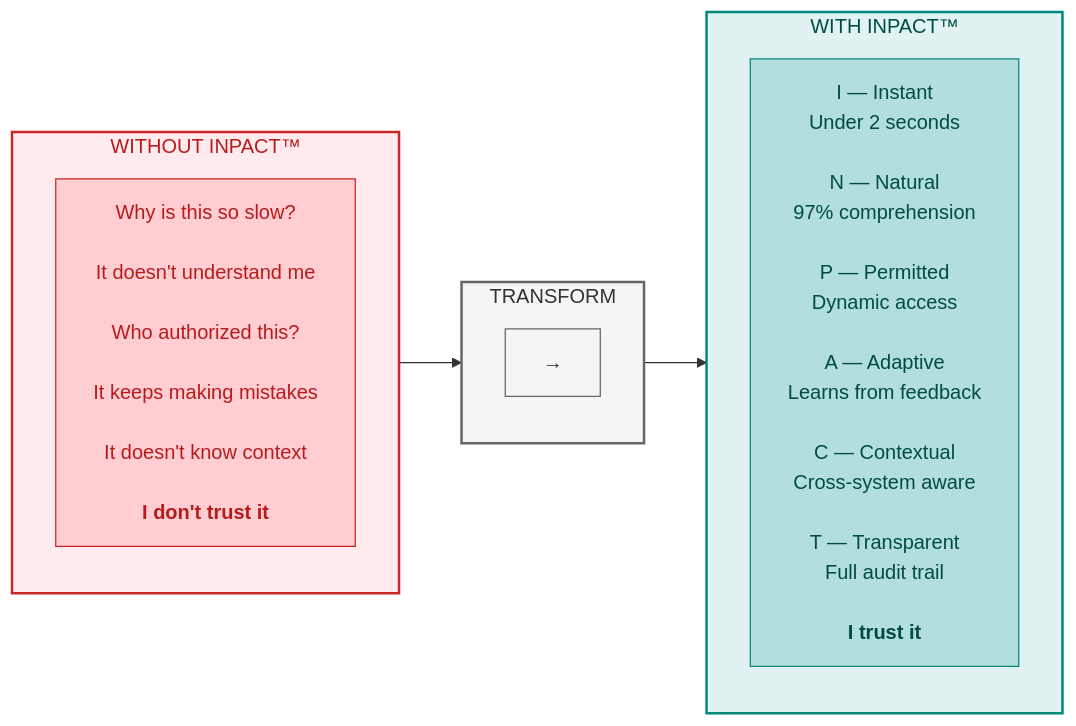
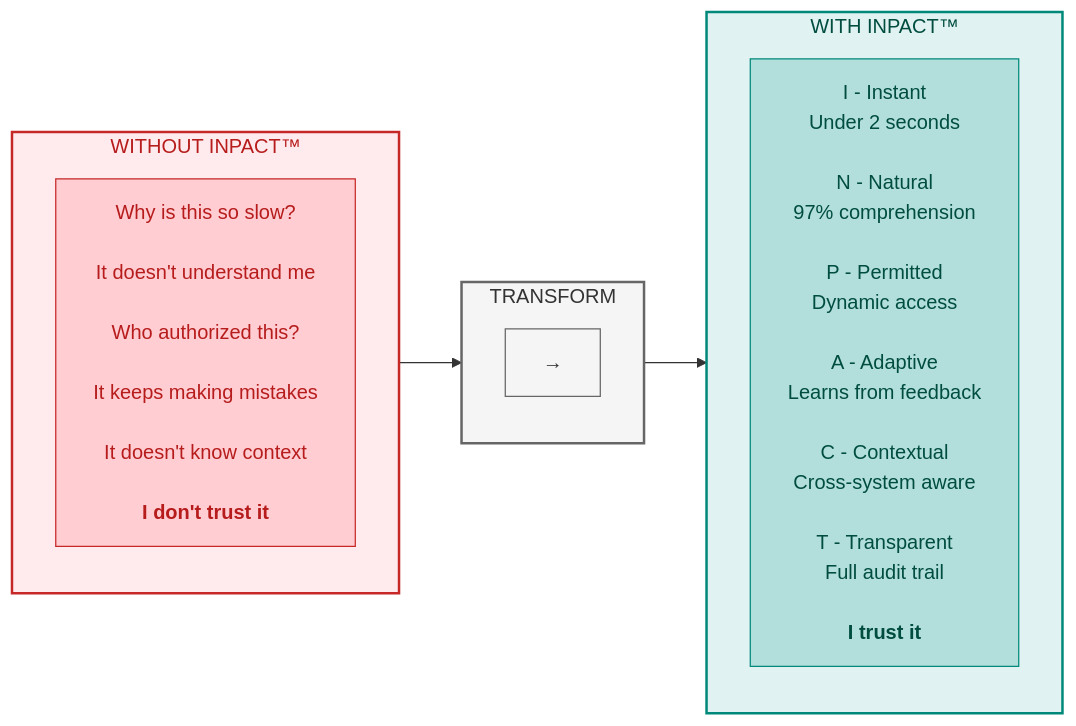
Before and after one commit to saitejesh-cyber/trust-before-intelligence-book: the first of 12 diagrams in manuscript/03_chapter_2_inpact_framework.md, drawn with Mermaid. The commit also changed other lines of this file and 8 other files, not shown here.

````diff
--- a/manuscript/03_chapter_2_inpact_framework.md
+++ b/manuscript/03_chapter_2_inpact_framework.md
@@ -23,29 +23,29 @@
 ```mermaid
 
 graph LR
     subgraph WITHOUT["WITHOUT INPACT™"]
         direction TB
         W1["Why is this so slow?<br/><br/>It doesn't understand me<br/><br/>Who authorized this?<br/><br/>It keeps making mistakes<br/><br/>It doesn't know context<br/><br/><b>I don't trust it</b>"]
     end
     
     subgraph TRANSFORM["TRANSFORM"]
         direction TB
         T1["→"]
     end
     
     subgraph WITH["WITH INPACT™"]
         direction TB
-        I1["I — Instant<br/>Under 2 seconds<br/><br/>N — Natural<br/>97% comprehension<br/><br/>P — Permitted<br/>Dynamic access<br/><br/>A — Adaptive<br/>Learns from feedback<br/><br/>C — Contextual<br/>Cross-system aware<br/><br/>T — Transparent<br/>Full audit trail</br></br><b>I trust it</b>"]
+        I1["I - Instant<br/>Under 2 seconds<br/><br/>N - Natural<br/>97% comprehension<br/><br/>P - Permitted<br/>Dynamic access<br/><br/>A - Adaptive<br/>Learns from feedback<br/><br/>C - Contextual<br/>Cross-system aware<br/><br/>T - Transparent<br/>Full audit trail</br></br><b>I trust it</b>"]
     end
     
     WITHOUT --> TRANSFORM --> WITH
     
     style WITHOUT fill:#ffebee,stroke:#c62828,stroke-width:2px,color:#b71c1c
     style TRANSFORM fill:#f5f5f5,stroke:#666666,stroke-width:2px,color:#333333
     style WITH fill:#e0f2f1,stroke:#00897b,stroke-width:2px,color:#004d40
     style W1 fill:#ffcdd2,stroke:#c62828,color:#b71c1c
     style T1 fill:#f5f5f5,stroke:#666666,color:#333333
     style I1 fill:#b2dfdb,stroke:#00897b,color:#004d40
     
 
 ```
````
